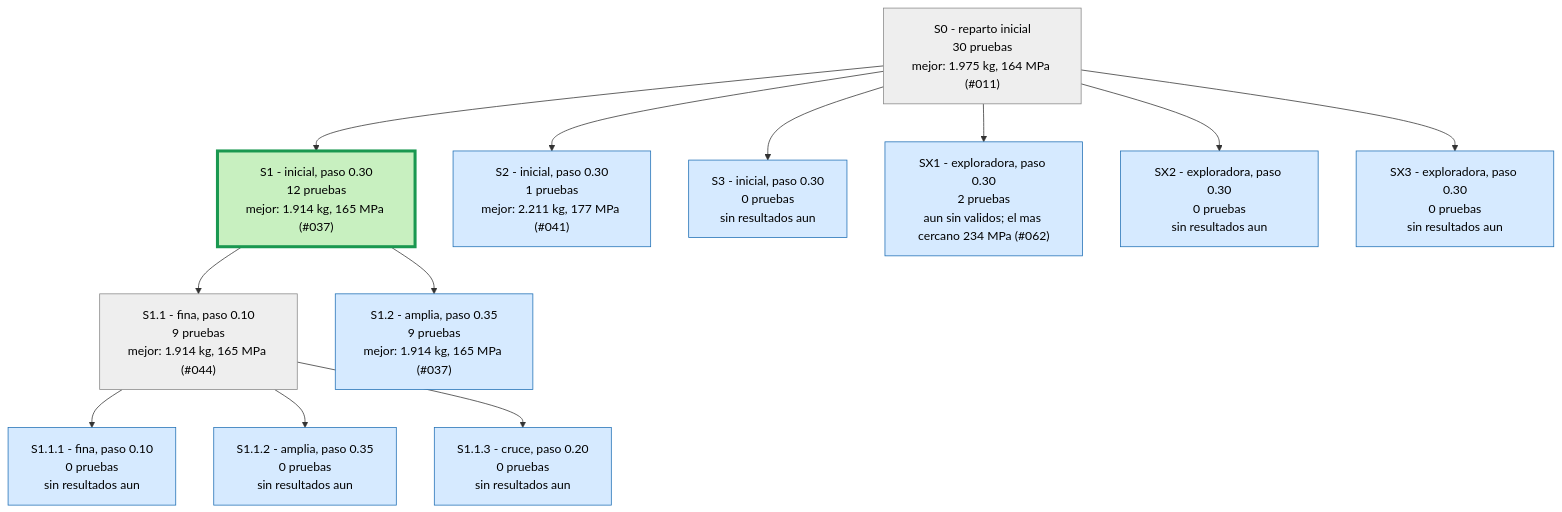
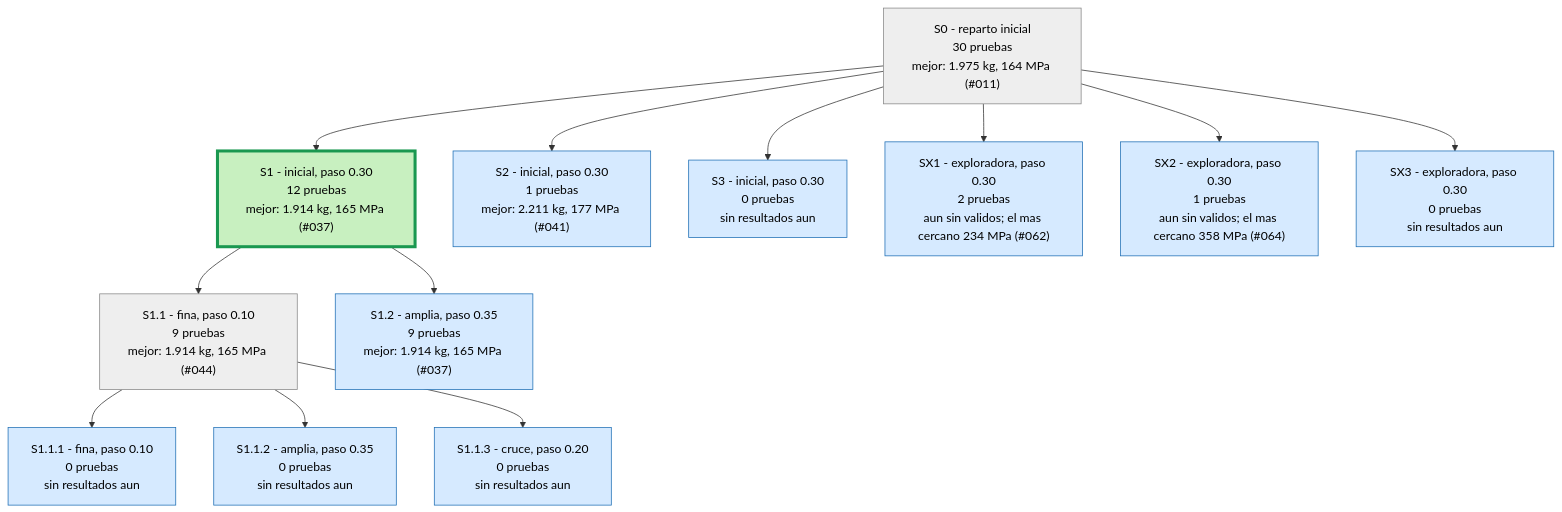
The first of 4 diagrams in runs/opt_37800N/ARBOL.md (Hugiko/msd-soporte-optimizacion), drawn with Mermaid before and after one commit. The commit also changed 47 other files, not shown here.

````diff
--- a/runs/opt_37800N/ARBOL.md
+++ b/runs/opt_37800N/ARBOL.md
@@ -9,29 +9,29 @@
 ```mermaid
 graph TD
 classDef activa fill:#d6eaff,stroke:#1f6fb5,color:#000
 classDef fin fill:#eeeeee,stroke:#888,color:#000
 classDef mejor fill:#c8f0c0,stroke:#1a9850,stroke-width:4px,color:#000
 S0["S0 - reparto inicial<br/>30 pruebas<br/>mejor: 1.975 kg, 164 MPa (#011)"]:::fin
 S1["S1 - inicial, paso 0.30<br/>12 pruebas<br/>mejor: 1.914 kg, 165 MPa (#037)"]:::mejor
 S0 --> S1
 S2["S2 - inicial, paso 0.30<br/>1 pruebas<br/>mejor: 2.211 kg, 177 MPa (#041)"]:::activa
 S0 --> S2
 S3["S3 - inicial, paso 0.30<br/>0 pruebas<br/>sin resultados aun"]:::activa
 S0 --> S3
 S1_1["S1.1 - fina, paso 0.10<br/>9 pruebas<br/>mejor: 1.914 kg, 165 MPa (#044)"]:::fin
 S1 --> S1_1
 S1_2["S1.2 - amplia, paso 0.35<br/>9 pruebas<br/>mejor: 1.914 kg, 165 MPa (#037)"]:::activa
 S1 --> S1_2
 S1_1_1["S1.1.1 - fina, paso 0.10<br/>0 pruebas<br/>sin resultados aun"]:::activa
 S1_1 --> S1_1_1
 S1_1_2["S1.1.2 - amplia, paso 0.35<br/>0 pruebas<br/>sin resultados aun"]:::activa
 S1_1 --> S1_1_2
 S1_1_3["S1.1.3 - cruce, paso 0.20<br/>0 pruebas<br/>sin resultados aun"]:::activa
 S1_1 --> S1_1_3
 SX1["SX1 - exploradora, paso 0.30<br/>2 pruebas<br/>aun sin validos; el mas cercano 234 MPa (#062)"]:::activa
 S0 --> SX1
-SX2["SX2 - exploradora, paso 0.30<br/>0 pruebas<br/>sin resultados aun"]:::activa
+SX2["SX2 - exploradora, paso 0.30<br/>1 pruebas<br/>aun sin validos; el mas cercano 358 MPa (#064)"]:::activa
 S0 --> SX2
 SX3["SX3 - exploradora, paso 0.30<br/>0 pruebas<br/>sin resultados aun"]:::activa
 S0 --> SX3
 ```
````
